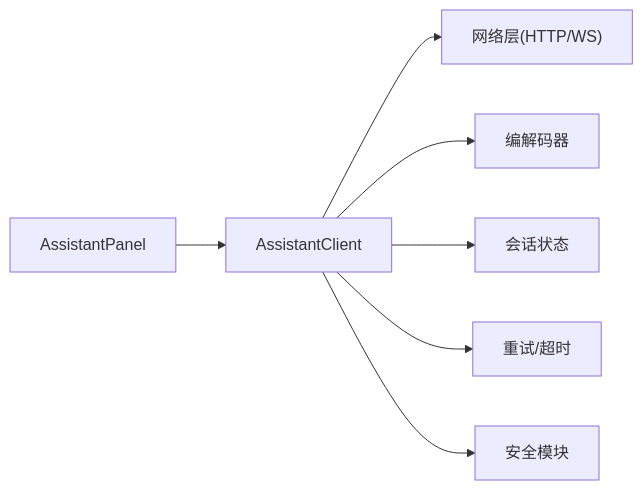
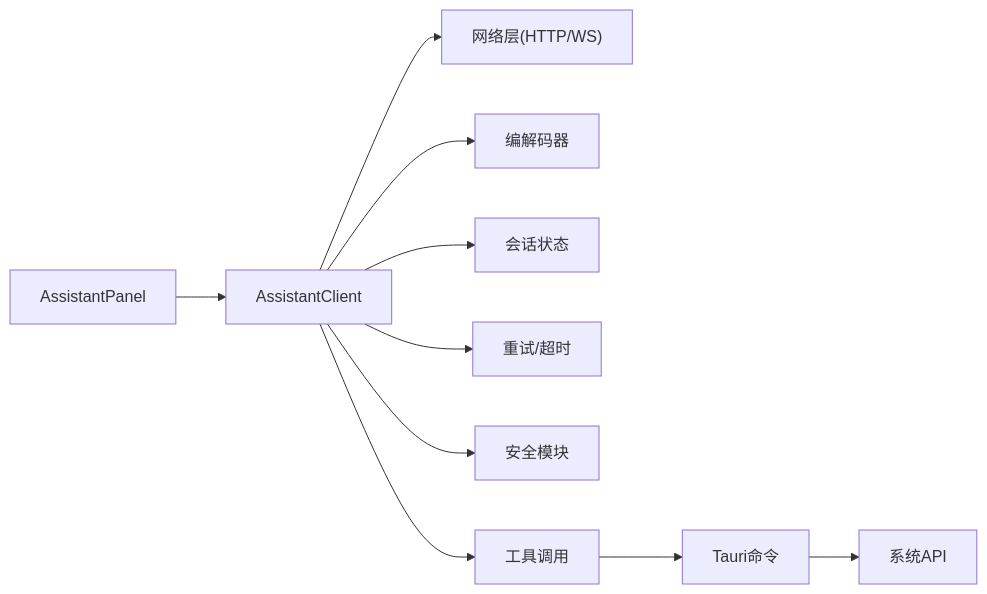
One commit to Wumiu/Petra changed the third of 3 diagrams in .qoder/repowiki/zh/content/AI助手模块/AssistantClient通信客户端.md. Above: the diagram before and after it, drawn with Mermaid. The commit also changed other lines of this file and 45 other files, not shown here.

````diff
--- a/.qoder/repowiki/zh/content/AI助手模块/AssistantClient通信客户端.md
+++ b/.qoder/repowiki/zh/content/AI助手模块/AssistantClient通信客户端.md
@@ -217,9 +291,12 @@
 ```mermaid
 graph LR
 Panel["AssistantPanel"] --> Client["AssistantClient"]
 Client --> Net["网络层(HTTP/WS)"]
 Client --> Codec["编解码器"]
 Client --> Session["会话状态"]
 Client --> Reliability["重试/超时"]
 Client --> Security["安全模块"]
+Client --> Tools["工具调用"]
+Tools --> Tauri["Tauri命令"]
+Tauri --> System["系统API"]
 ```
````
